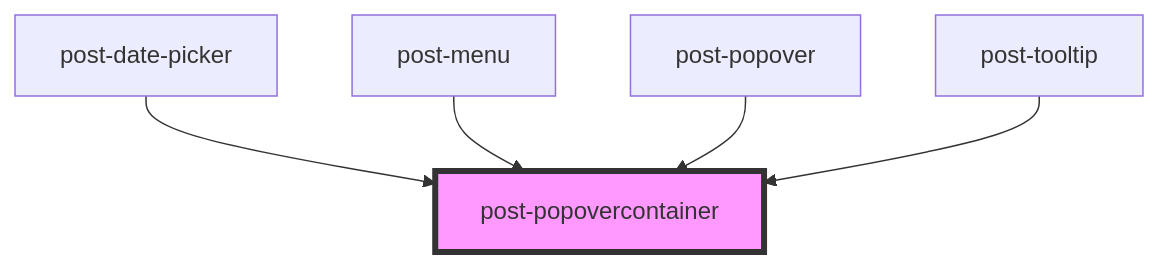
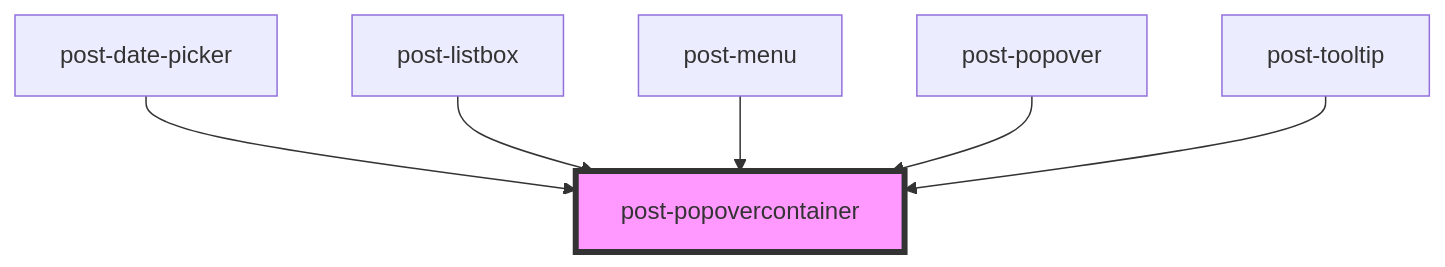
Before and after one commit to swisspost/design-system: the diagram in packages/components/src/components/post-popovercontainer/readme.md, drawn with Mermaid. The commit also changed other lines of this file and 22 other files, not shown here.

````diff
--- a/packages/components/src/components/post-popovercontainer/readme.md
+++ b/packages/components/src/components/post-popovercontainer/readme.md
@@ -98,8 +99,9 @@
 ```mermaid
 graph TD;
   post-date-picker --> post-popovercontainer
+  post-listbox --> post-popovercontainer
   post-menu --> post-popovercontainer
   post-popover --> post-popovercontainer
   post-tooltip --> post-popovercontainer
   style post-popovercontainer fill:#f9f,stroke:#333,stroke-width:4px
 ```
````
